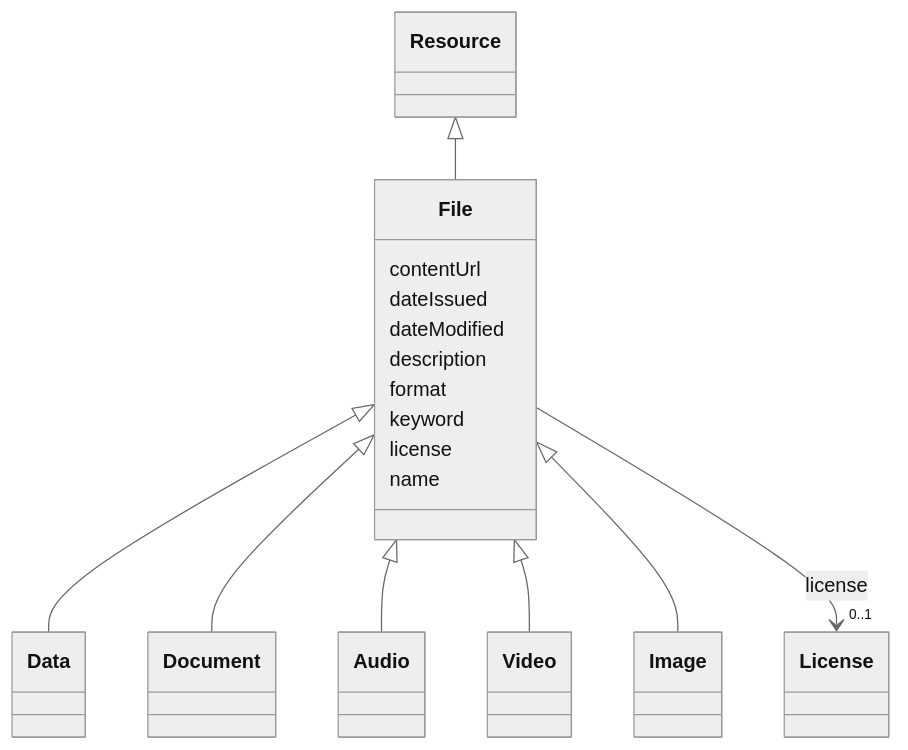
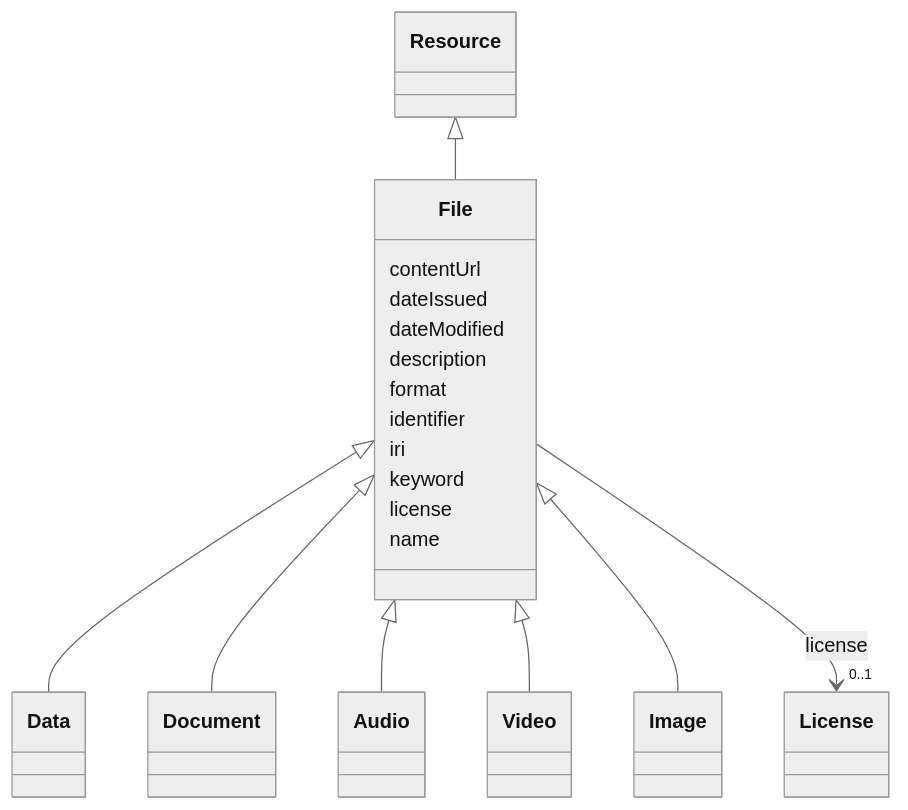
Before and after one commit to EVORA-project/evora-ontology: the diagram in models/docs/File.md, drawn with Mermaid (neutral theme). The commit also changed other lines of this file and 391 other files, not shown here.

````diff
--- a/models/docs/File.md
+++ b/models/docs/File.md
@@ -21,45 +21,49 @@
 ```mermaid
  classDiagram
     class File
     click File href "../File"
       Resource <|-- File
         click Resource href "../Resource"
       
 
       File <|-- Data
         click Data href "../Data"
       File <|-- Document
         click Document href "../Document"
       File <|-- Audio
         click Audio href "../Audio"
       File <|-- Video
         click Video href "../Video"
       File <|-- Image
         click Image href "../Image"
       
       
       File : contentUrl
         
       File : dateIssued
         
       File : dateModified
         
       File : description
         
       File : format
         
+      File : identifier
+        
+      File : iri
+        
       File : keyword
         
       File : license
         
           
     
     
     File --> "0..1" License : license
     click License href "../License"
 
         
       File : name
         
       
 ```
````
